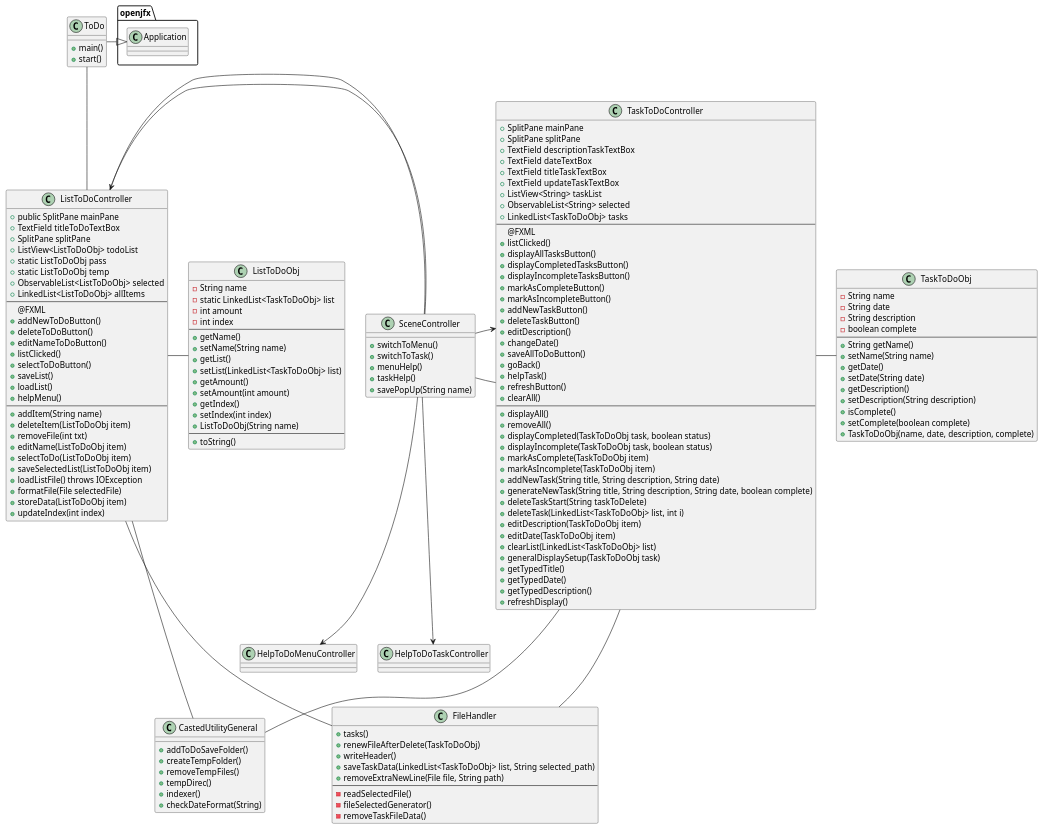
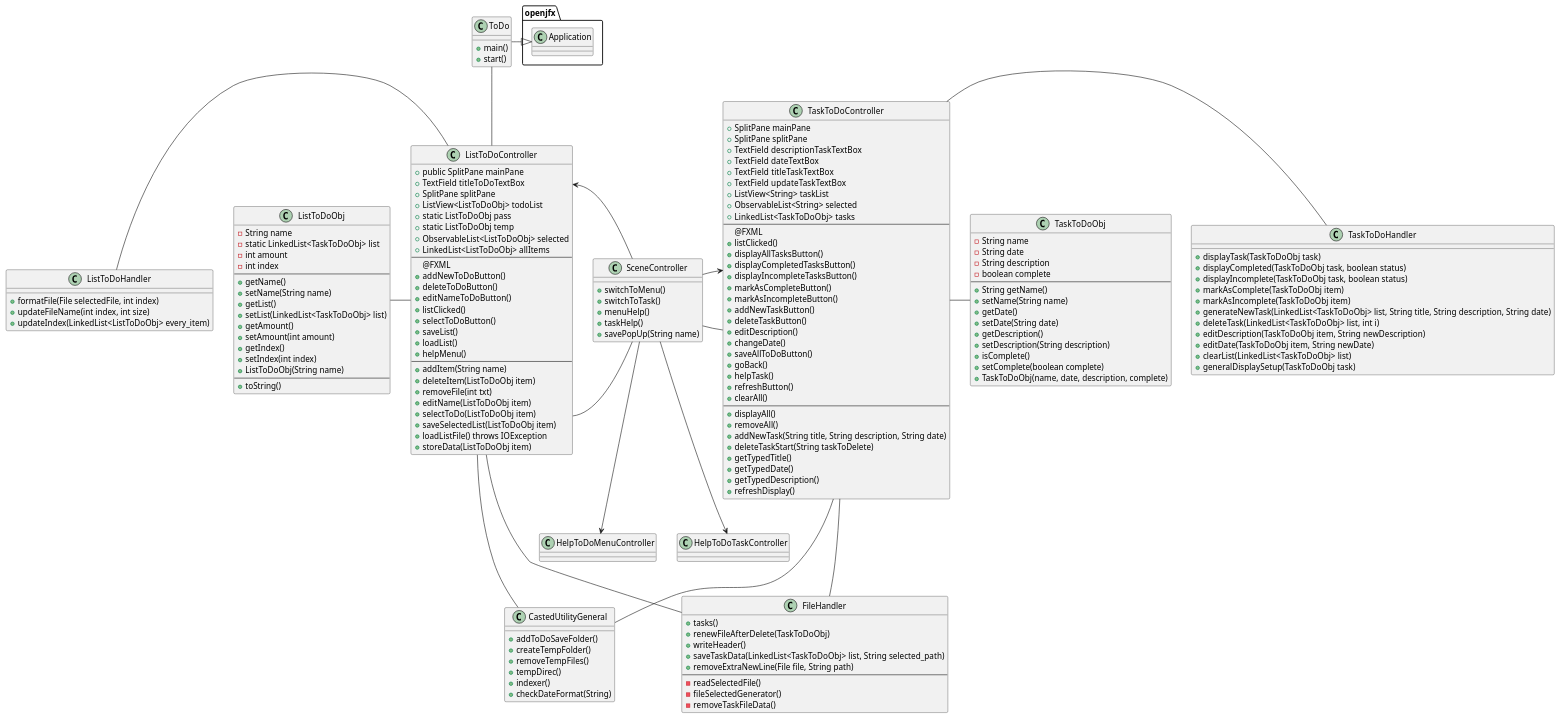
The diagram in uml/ToDoPUML.puml (dark-r00t/OOP_TODO_GUI), drawn with PlantUML before and after one commit. The commit also changed 7 other files, not shown here.

```diff
--- a/uml/ToDoPUML.puml
+++ b/uml/ToDoPUML.puml
@@ -1,178 +1,188 @@
 @startuml
 
 class ToDo {
     + main()
     + start()
 }
 
 class CastedUtilityGeneral {
     + addToDoSaveFolder()
     + createTempFolder()
     + removeTempFiles()
     + tempDirec()
     + indexer()
     + checkDateFormat(String)
 }
 
 class FileHandler {
     + tasks()
     + renewFileAfterDelete(TaskToDoObj)
     + writeHeader()
     + saveTaskData(LinkedList<TaskToDoObj> list, String selected_path)
     + removeExtraNewLine(File file, String path)
     --
     - readSelectedFile()
     - fileSelectedGenerator()
     - removeTaskFileData()
 }
 
 class HelpToDoMenuController {
 }
 
 class HelpToDoTaskController {
 }
 
 class ListToDoController {
     + public SplitPane mainPane
     + TextField titleToDoTextBox
     + SplitPane splitPane
     + ListView<ListToDoObj> todoList
     + static ListToDoObj pass
     + static ListToDoObj temp
     + ObservableList<ListToDoObj> selected
     + LinkedList<ListToDoObj> allItems
     --
     @FXML
     + addNewToDoButton()
     + deleteToDoButton()
     + editNameToDoButton()
     + listClicked()
     + selectToDoButton()
     + saveList()
     + loadList()
     + helpMenu()
     --
     + addItem(String name)
     + deleteItem(ListToDoObj item)
     + removeFile(int txt)
     + editName(ListToDoObj item)
     + selectToDo(ListToDoObj item)
     + saveSelectedList(ListToDoObj item)
     + loadListFile() throws IOException
-    + formatFile(File selectedFile)
     + storeData(ListToDoObj item)
-    + updateIndex(int index)
+}
+
+class ListToDoHandler {
+
+    + formatFile(File selectedFile, int index)
+    + updateFileName(int index, int size)
+    + updateIndex(LinkedList<ListToDoObj> every_item)
 }
 
 class ListToDoObj {
     - String name
     - static LinkedList<TaskToDoObj> list
     - int amount
     - int index
     --
     + getName()
     + setName(String name)
     + getList()
     + setList(LinkedList<TaskToDoObj> list)
     + getAmount()
     + setAmount(int amount)
     + getIndex()
     + setIndex(int index)
     + ListToDoObj(String name)
     --
     + toString()
 }
 
 class SceneController {
     + switchToMenu()
     + switchToTask()
     + menuHelp()
     + taskHelp()
     + savePopUp(String name)
 }
 
 class TaskToDoController {
     + SplitPane mainPane
     + SplitPane splitPane
     + TextField descriptionTaskTextBox
     + TextField dateTextBox
     + TextField titleTaskTextBox
     + TextField updateTaskTextBox
     + ListView<String> taskList
     + ObservableList<String> selected
     + LinkedList<TaskToDoObj> tasks
     --
     @FXML
     + listClicked()
     + displayAllTasksButton()
     + displayCompletedTasksButton()
     + displayIncompleteTasksButton()
     + markAsCompleteButton()
     + markAsIncompleteButton()
     + addNewTaskButton()
     + deleteTaskButton()
     + editDescription()
     + changeDate()
     + saveAllToDoButton()
     + goBack()
     + helpTask()
     + refreshButton()
     + clearAll()
     --
     + displayAll()
     + removeAll()
+    + addNewTask(String title, String description, String date)
+    + deleteTaskStart(String taskToDelete)
+    + getTypedTitle()
+    + getTypedDate()
+    + getTypedDescription()
+    + refreshDisplay()
+}
+
+class TaskToDoHandler {
+    + displayTask(TaskToDoObj task)
     + displayCompleted(TaskToDoObj task, boolean status)
     + displayIncomplete(TaskToDoObj task, boolean status)
     + markAsComplete(TaskToDoObj item)
     + markAsIncomplete(TaskToDoObj item)
-    + addNewTask(String title, String description, String date)
-    + generateNewTask(String title, String description, String date, boolean complete)
-    + deleteTaskStart(String taskToDelete)
+    + generateNewTask(LinkedList<TaskToDoObj> list, String title, String description, String date)
     + deleteTask(LinkedList<TaskToDoObj> list, int i)
-    + editDescription(TaskToDoObj item)
-    + editDate(TaskToDoObj item)
+    + editDescription(TaskToDoObj item, String newDescription)
+    + editDate(TaskToDoObj item, String newDate)
     + clearList(LinkedList<TaskToDoObj> list)
     + generalDisplaySetup(TaskToDoObj task)
-    + getTypedTitle()
-    + getTypedDate()
-    + getTypedDescription()
-    + refreshDisplay()
 }
 
 class TaskToDoObj {
     - String name
     - String date
     - String description
     - boolean complete
     --
     + String getName()
     + setName(String name)
     + getDate()
     + setDate(String date)
     + getDescription()
     + setDescription(String description)
     + isComplete()
     + setComplete(boolean complete)
     + TaskToDoObj(name, date, description, complete)
 }
 
 ToDo -|> openjfx.Application
+ToDo -- ListToDoController
 
-ToDo -- ListToDoController
 ListToDoController --- FileHandler
 ListToDoController --- CastedUtilityGeneral
-ListToDoController - ListToDoObj
+ListToDoController - SceneController
+ListToDoObj - ListToDoController
+ListToDoHandler - ListToDoController
 
 TaskToDoController --- FileHandler
 TaskToDoController --- CastedUtilityGeneral
+TaskToDoController - SceneController
+TaskToDoController - TaskToDoHandler
 TaskToDoController - TaskToDoObj
-
-ListToDoController - SceneController
-TaskToDoController - SceneController
 
 SceneController --> ListToDoController
 SceneController --> TaskToDoController
 SceneController --> HelpToDoMenuController
 SceneController --> HelpToDoTaskController
 
 @enduml
```
